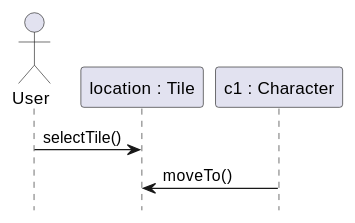
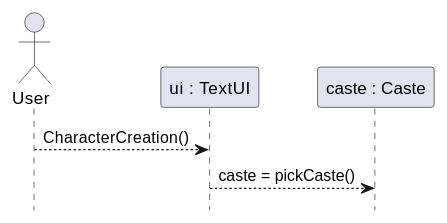
The third of 7 diagrams in doc/design.md (dgoldman30/Dungeon_Crawler), drawn with PlantUML before and after one commit. The commit also changed other lines of this file and 4 other files, not shown here.

````diff
--- a/doc/design.md
+++ b/doc/design.md
@@ -110,16 +103,13 @@
 ```plantuml
+
 @startuml
-
 hide footbox
 
 actor User
-participant "location : Tile" as loc
-participant "c1 : Character" as char
+participant "ui : TextUI" as ui
+participant "caste : Caste" as caste
 
-User -> loc : selectTile()
-char -> loc : moveTo()
-
-
-
+User --> ui : CharacterCreation()
+ui --> caste : caste = pickCaste()
 @enduml
 ```
````
